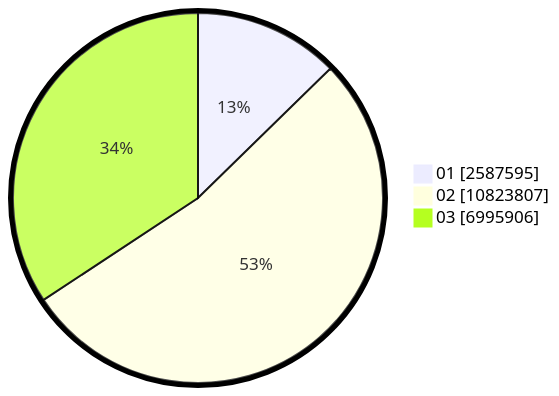
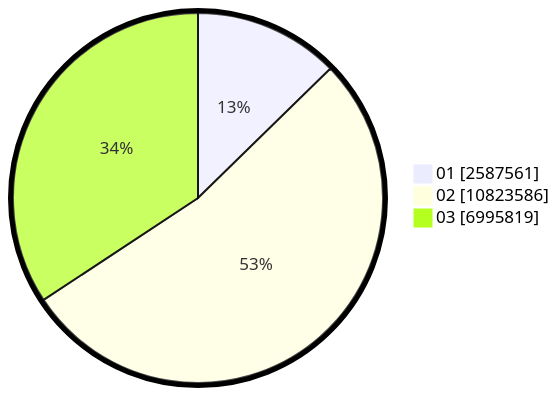
The second of 2 diagrams in pilpres/hitung-suara/sub/table-wilayah-33.md (gigit-pemilu/pemilu-2024), drawn with Mermaid before and after one commit. The commit also changed other lines of this file and 8 other files, not shown here.

````diff
--- a/pilpres/hitung-suara/sub/table-wilayah-33.md
+++ b/pilpres/hitung-suara/sub/table-wilayah-33.md
@@ -15,7 +15,7 @@
 ```mermaid
 %%{init: {"pie": {"textPosition": 0.5}, "themeVariables": {"pieOuterStrokeWidth": "5px"}} }%%
 pie showData
-    "01" : 2587595
-    "02" : 10823807
-    "03" : 6995906
+    "01" : 2587561
+    "02" : 10823586
+    "03" : 6995819
 ```
````
